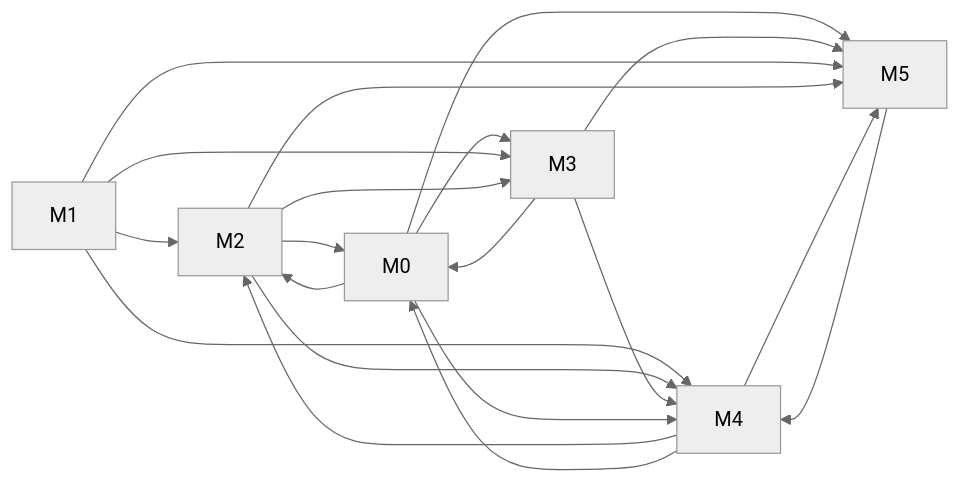
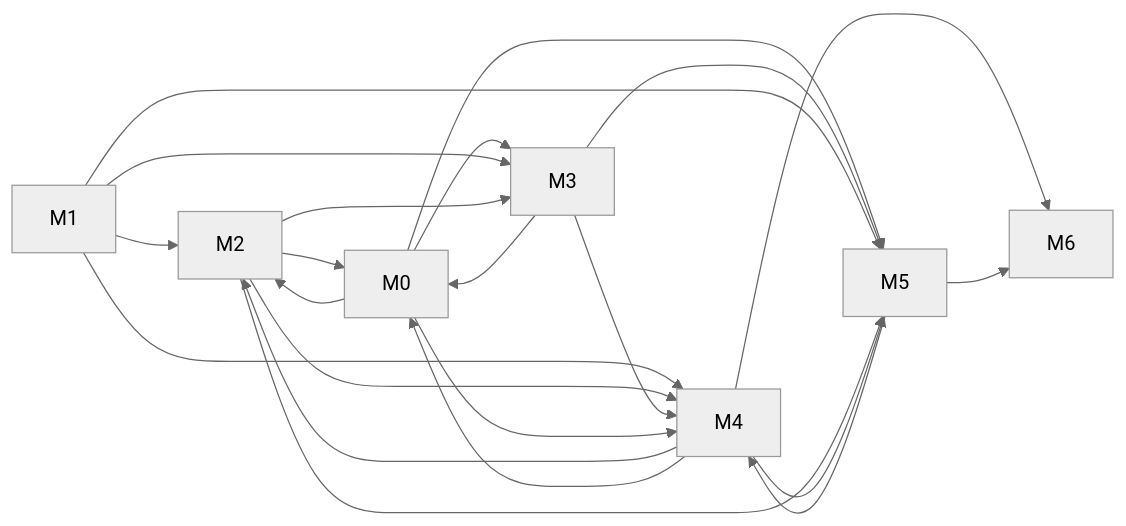
Before and after one commit to MohamedGamil/MapX: the diagram in docs/baton/DEPENDENCIES.md, drawn with Mermaid (neutral theme). The commit also changed other lines of this file and 9 other files, not shown here.

Commit message:
docs(baton): D038, milestone M6 (dashboard graph scale and readability) and remaining findings as backlog

````diff
--- a/docs/baton/DEPENDENCIES.md
+++ b/docs/baton/DEPENDENCIES.md
@@ -5,22 +5,24 @@
 ```mermaid
 flowchart LR
   M1 --> M2
   M3 --> M0
   M2 --> M0
   M0 --> M3
   M1 --> M3
   M2 --> M3
   M1 --> M4
   M2 --> M4
   M3 --> M4
   M0 --> M4
   M0 --> M5
   M3 --> M5
   M1 --> M5
   M2 --> M5
   M4 --> M5
   M4 --> M2
   M0 --> M2
   M4 --> M0
   M5 --> M4
+  M4 --> M6
+  M5 --> M6
 ```
````
